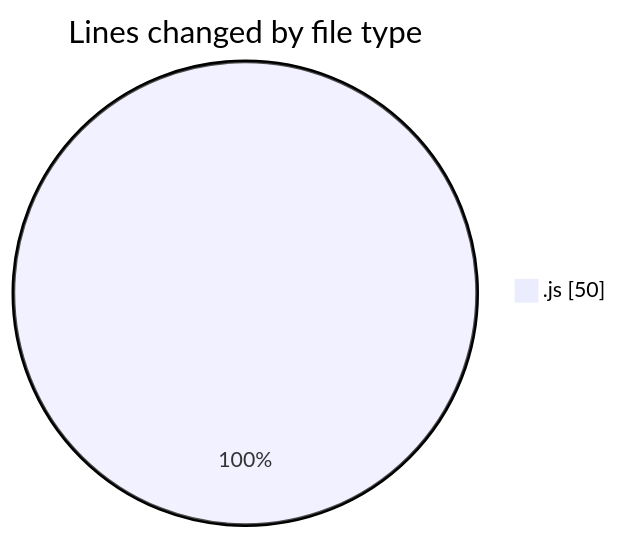
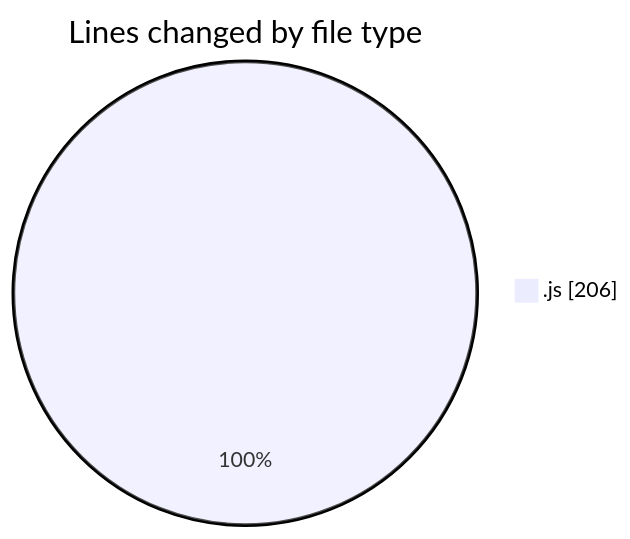
One commit to Ritupan-Deka/code-tracking changed the first of 2 diagrams in 2025-07-01/urlwebwalatask/README.md. Above: the diagram before and after it, drawn with Mermaid. The commit also changed other lines of this file and 1 other file, not shown here.

````diff
--- a/2025-07-01/urlwebwalatask/README.md
+++ b/2025-07-01/urlwebwalatask/README.md
@@ -20,5 +21,5 @@
 ```mermaid
 pie showData
 title Lines changed by file type
-".js" : 50
+".js" : 206
 ```
````
